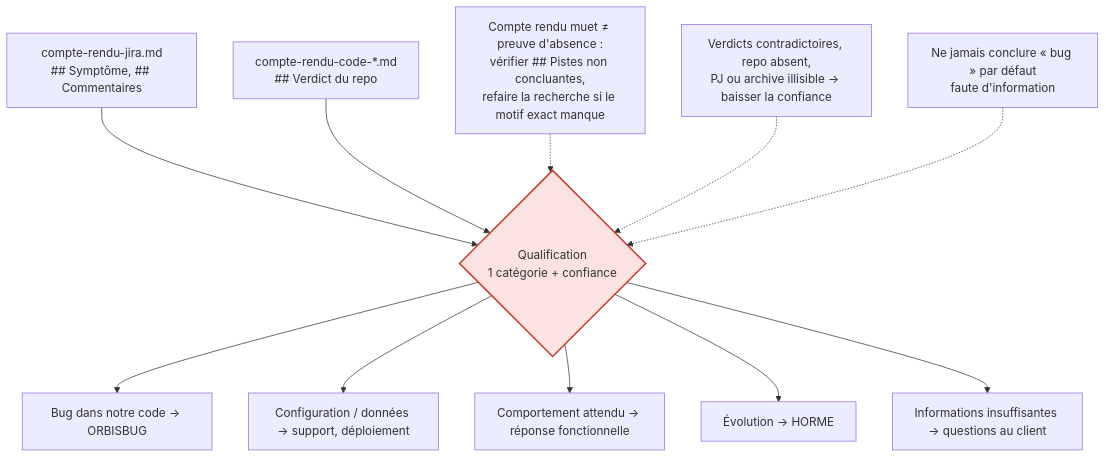
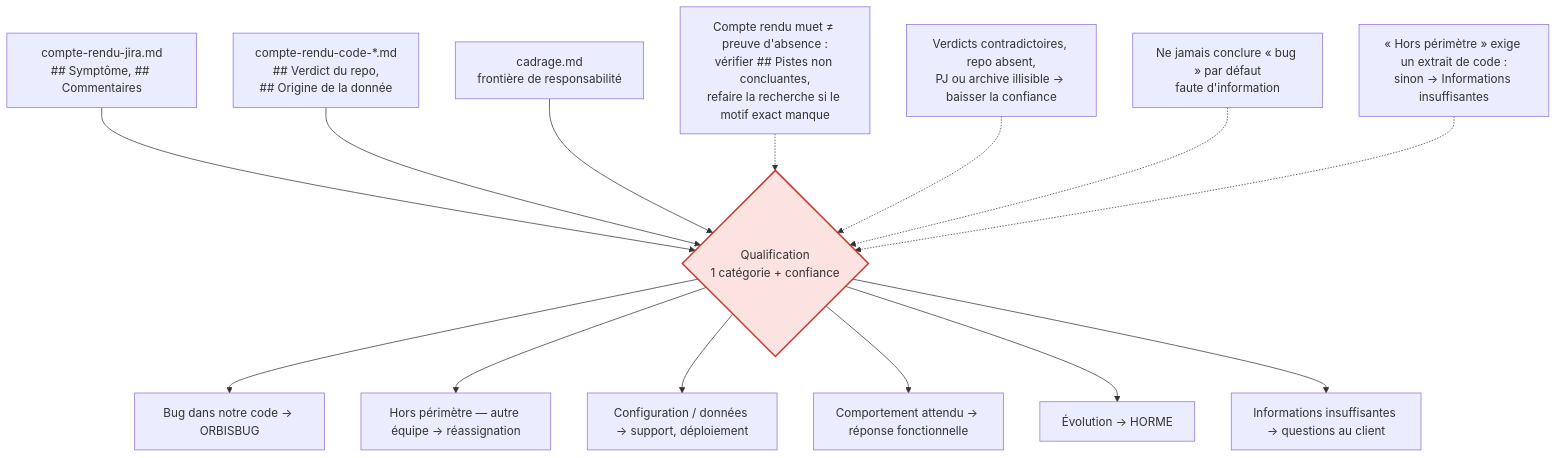
The fifth of 5 diagrams in skills/gsupport-analyze/ARCHITECTURE.md (tomsoulage-dedalus/presc-workflows-tools), drawn with Mermaid before and after one commit. The commit also changed other lines of this file and 3 other files, not shown here.

````diff
--- a/skills/gsupport-analyze/ARCHITECTURE.md
+++ b/skills/gsupport-analyze/ARCHITECTURE.md
@@ -197,18 +244,21 @@
 ```mermaid
 flowchart TD
     IN1["compte-rendu-jira.md<br/>## Symptôme, ## Commentaires"] --> Q
-    IN2["compte-rendu-code-*.md<br/>## Verdict du repo"] --> Q
+    IN2["compte-rendu-code-*.md<br/>## Verdict du repo,<br/>## Origine de la donnée"] --> Q
+    IN3["cadrage.md<br/>frontière de responsabilité"] --> Q
     Q{"Qualification<br/>1 catégorie + confiance"}
 
     Q --> C1["Bug dans notre code → ORBISBUG"]
+    Q --> C6["Hors périmètre — autre équipe → réassignation"]
     Q --> C2["Configuration / données → support, déploiement"]
     Q --> C3["Comportement attendu → réponse fonctionnelle"]
     Q --> C4["Évolution → HORME"]
     Q --> C5["Informations insuffisantes → questions au client"]
 
     G1["Compte rendu muet ≠ preuve d'absence :<br/>vérifier ## Pistes non concluantes,<br/>refaire la recherche si le motif exact manque"] -.-> Q
     G2["Verdicts contradictoires, repo absent,<br/>PJ ou archive illisible → baisser la confiance"] -.-> Q
     G3["Ne jamais conclure « bug » par défaut<br/>faute d'information"] -.-> Q
+    G4["« Hors périmètre » exige un extrait de code :<br/>sinon → Informations insuffisantes"] -.-> Q
 
     style Q fill:#fde2e2,stroke:#c0392b,stroke-width:2px
 ```
````
